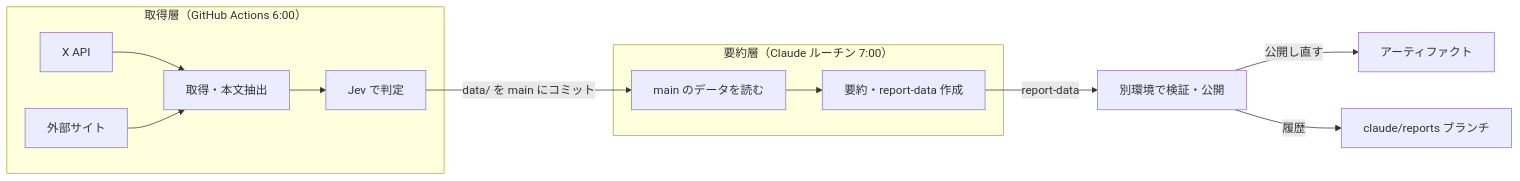
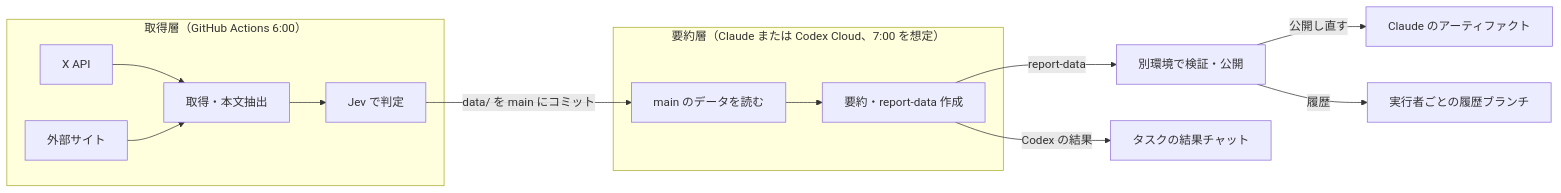
The diagram in docs/spec.md (NaokiKomura/x-bookmark-digest-template), drawn with Mermaid before and after one commit. The commit also changed other lines of this file and 7 other files, not shown here.

First line of the commit message:
docs: support Codex Cloud as the summarizer

````diff
--- a/docs/spec.md
+++ b/docs/spec.md
@@ -29,15 +29,16 @@
 ```mermaid
 flowchart LR
   subgraph 取得層["取得層（GitHub Actions 6:00）"]
     X[X API] --> F[取得・本文抽出]
     W[外部サイト] --> F
     F --> J[Jev で判定]
   end
   J -->|data/ を main にコミット| R
-  subgraph 要約層["要約層（Claude ルーチン 7:00）"]
+  subgraph 要約層["要約層（Claude または Codex Cloud、7:00 を想定）"]
     R[main のデータを読む] --> S[要約・report-data 作成]
   end
   S -->|report-data| P[別環境で検証・公開]
-  P -->|公開し直す| A[アーティファクト]
-  P -->|履歴| B[claude/reports ブランチ]
+  P -->|公開し直す| A[Claude のアーティファクト]
+  P -->|履歴| B[実行者ごとの履歴ブランチ]
+  S -->|Codex の結果| C[タスクの結果チャット]
 ```
````
